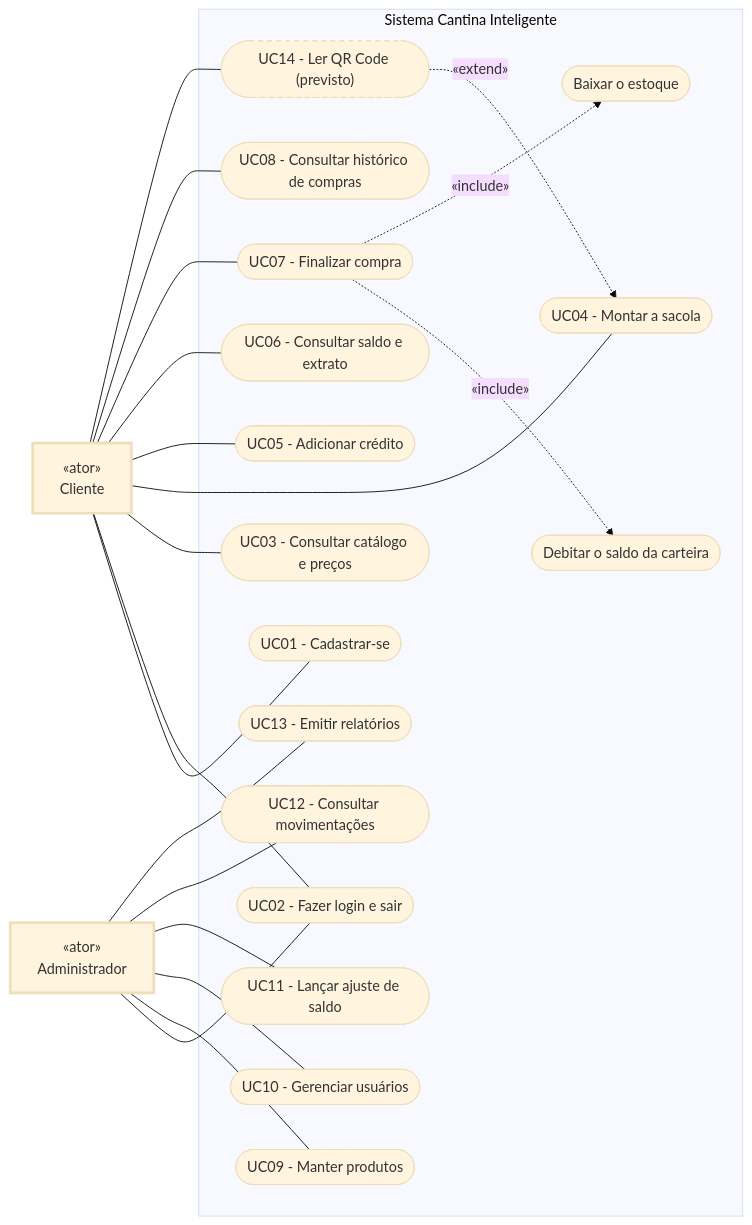
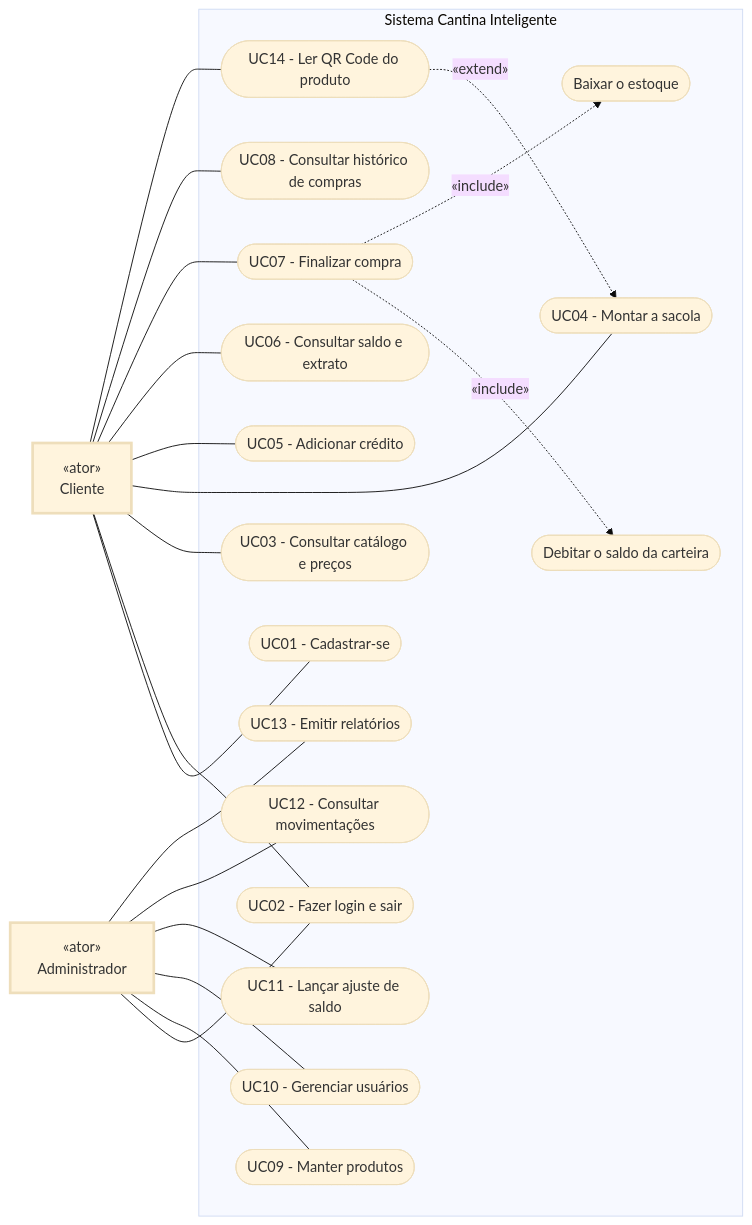
Before and after one commit to senai-AEx/cantinaInteligente: the diagram in docs/diagramas/casos-de-uso.mmd, drawn with Mermaid (base theme). The commit also changed 11 other files, not shown here.

```diff
--- a/docs/diagramas/casos-de-uso.mmd
+++ b/docs/diagramas/casos-de-uso.mmd
@@ -1,48 +1,47 @@
 flowchart LR
     cliente["«ator»<br/>Cliente"]
     admin["«ator»<br/>Administrador"]
 
     subgraph sistema["Sistema Cantina Inteligente"]
         uc01(["UC01 - Cadastrar-se"])
         uc02(["UC02 - Fazer login e sair"])
         uc03(["UC03 - Consultar catálogo e preços"])
         uc04(["UC04 - Montar a sacola"])
         uc05(["UC05 - Adicionar crédito"])
         uc06(["UC06 - Consultar saldo e extrato"])
         uc07(["UC07 - Finalizar compra"])
         uc08(["UC08 - Consultar histórico de compras"])
         inc1(["Debitar o saldo da carteira"])
         inc2(["Baixar o estoque"])
         uc09(["UC09 - Manter produtos"])
         uc10(["UC10 - Gerenciar usuários"])
         uc11(["UC11 - Lançar ajuste de saldo"])
         uc12(["UC12 - Consultar movimentações"])
         uc13(["UC13 - Emitir relatórios"])
-        uc14(["UC14 - Ler QR Code (previsto)"])
+        uc14(["UC14 - Ler QR Code do produto"])
     end
 
     cliente --- uc01
     cliente --- uc02
     cliente --- uc03
     cliente --- uc04
     cliente --- uc05
     cliente --- uc06
     cliente --- uc07
     cliente --- uc08
     cliente --- uc14
 
     admin --- uc02
     admin --- uc09
     admin --- uc10
     admin --- uc11
     admin --- uc12
     admin --- uc13
 
     uc07 -.->|"«include»"| inc1
     uc07 -.->|"«include»"| inc2
     uc14 -.->|"«extend»"| uc04
 
     classDef ator stroke-width:3px
     classDef previsto stroke-dasharray: 5 5
     class cliente,admin ator
-    class uc14 previsto
```
